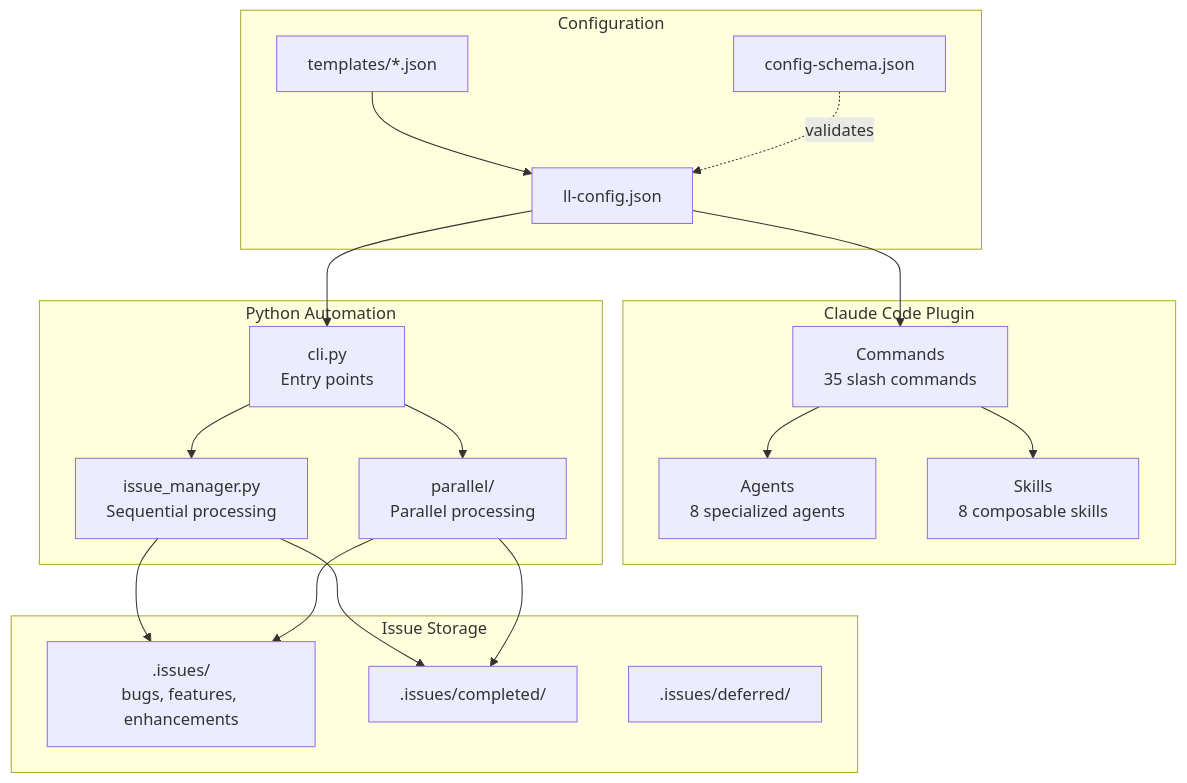
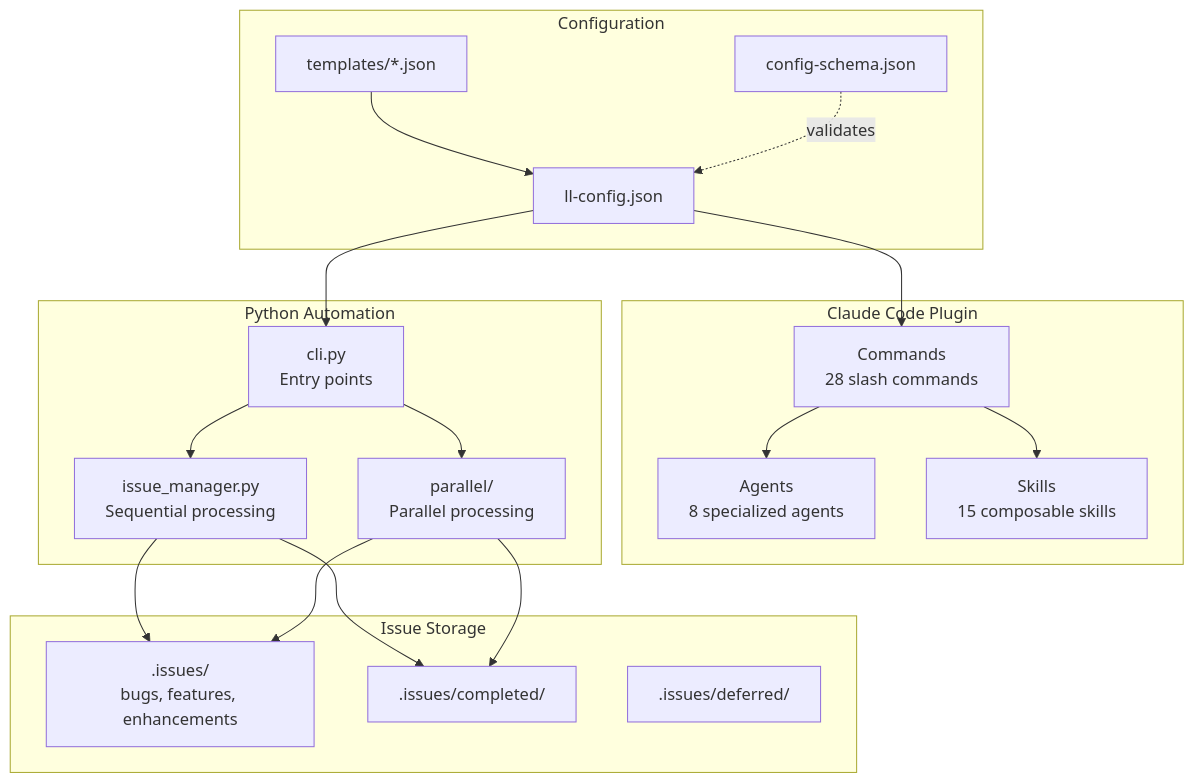
The first of 13 diagrams in docs/ARCHITECTURE.md (BrennonTWilliams/little-loops), drawn with Mermaid before and after one commit. The commit also changed other lines of this file, not shown here.

First line of the commit message:
docs(architecture): fix outdated counts and CLI directory structure

````diff
--- a/docs/ARCHITECTURE.md
+++ b/docs/ARCHITECTURE.md
@@ -21,39 +21,39 @@
 ```mermaid
 flowchart TB
     subgraph "Claude Code Plugin"
-        CMD[Commands<br/>35 slash commands]
+        CMD[Commands<br/>28 slash commands]
         AGT[Agents<br/>8 specialized agents]
-        SKL[Skills<br/>8 composable skills]
+        SKL[Skills<br/>15 composable skills]
     end
 
     subgraph "Configuration"
         CFG[ll-config.json]
         SCHEMA[config-schema.json]
         TPL[templates/*.json]
     end
 
     subgraph "Python Automation"
         CLI[cli.py<br/>Entry points]
         AUTO[issue_manager.py<br/>Sequential processing]
         PARALLEL[parallel/<br/>Parallel processing]
     end
 
     subgraph "Issue Storage"
         ISSUES[.issues/<br/>bugs, features, enhancements]
         COMPLETED[.issues/completed/]
         DEFERRED[.issues/deferred/]
     end
 
     CFG --> CMD
     TPL --> CFG
     SCHEMA -.->|validates| CFG
     CFG --> CLI
     CMD --> AGT
     CMD --> SKL
     CLI --> AUTO
     CLI --> PARALLEL
     AUTO --> ISSUES
     PARALLEL --> ISSUES
     AUTO --> COMPLETED
     PARALLEL --> COMPLETED
 ```
````
